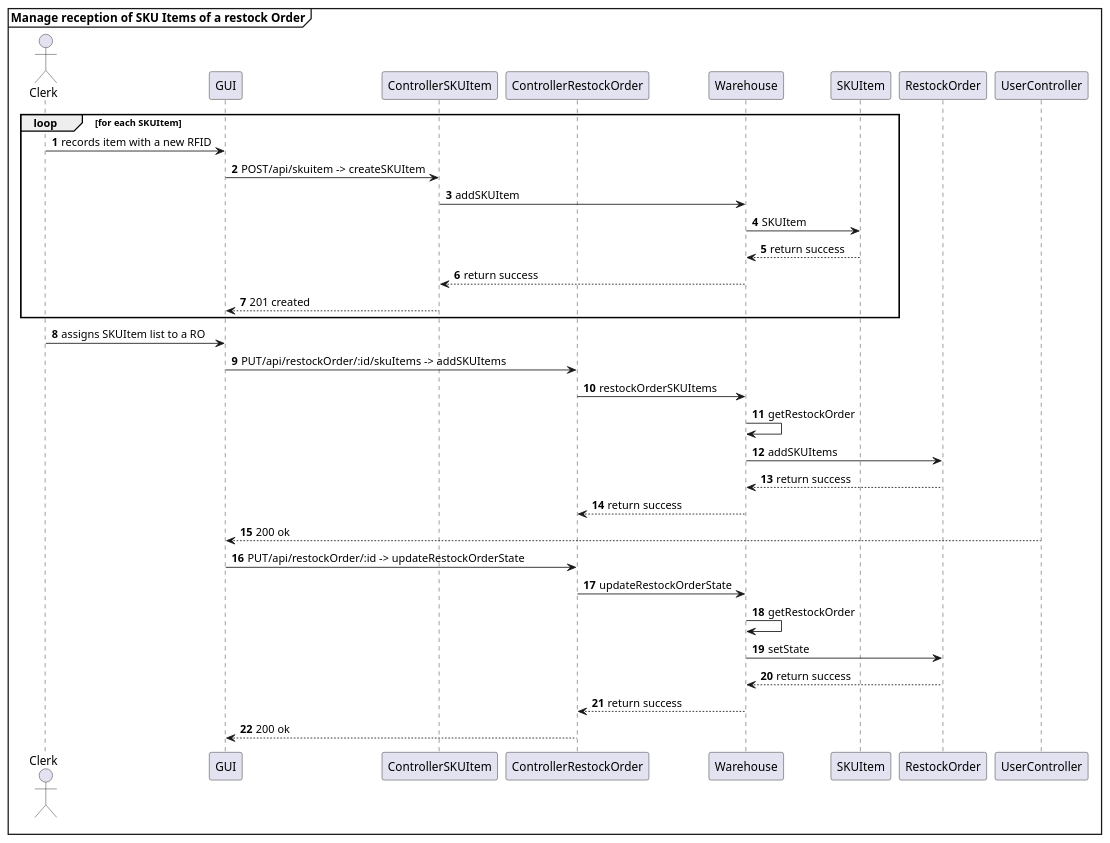
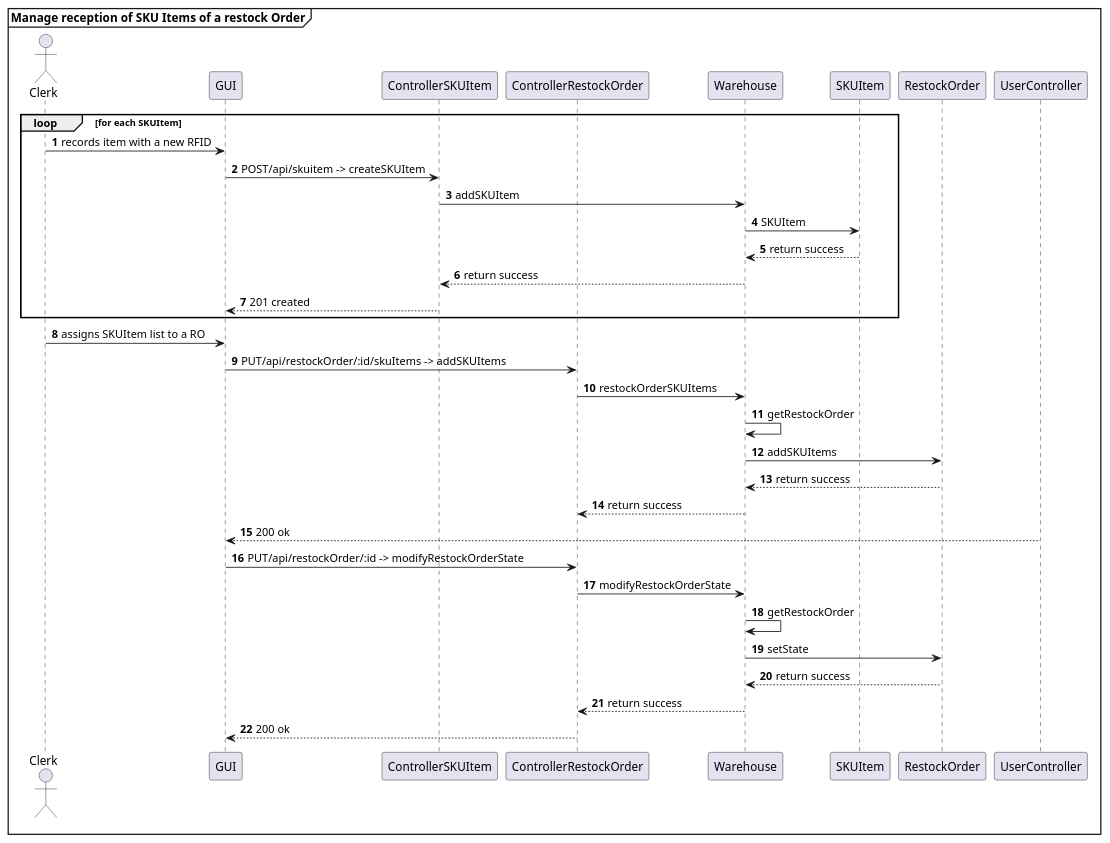
One commit to AlexZampa/EzWh changed diagram 15 of 30 in DesignDocument.md. Above: the diagram before and after it, drawn with PlantUML. The commit also changed other lines of this file, not shown here.

Commit message:
added missing functions for API of SKU and SKUItem

````diff
--- a/DesignDocument.md
+++ b/DesignDocument.md
@@ -739,39 +748,39 @@
 ```plantuml
 @startuml
 mainframe **Manage reception of SKU Items of a restock Order**
 actor Clerk
 participant GUI
 participant ControllerSKUItem
 participant ControllerRestockOrder
 participant Warehouse
 participant SKUItem
 participant RestockOrder
 
 autonumber
 loop for each SKUItem
   Clerk -> GUI : records item with a new RFID
   GUI -> ControllerSKUItem : POST/api/skuitem -> createSKUItem
   ControllerSKUItem -> Warehouse : addSKUItem
   Warehouse -> SKUItem : SKUItem
   Warehouse <-- SKUItem : return success
   ControllerSKUItem <-- Warehouse : return success
   GUI <-- ControllerSKUItem : 201 created
 end loop
 Clerk -> GUI : assigns SKUItem list to a RO
 GUI -> ControllerRestockOrder : PUT/api/restockOrder/:id/skuItems -> addSKUItems
 ControllerRestockOrder -> Warehouse : restockOrderSKUItems
 Warehouse -> Warehouse : getRestockOrder
 Warehouse -> RestockOrder : addSKUItems
 Warehouse <-- RestockOrder : return success
 ControllerRestockOrder <-- Warehouse : return success
 GUI <-- UserController : 200 ok
-GUI -> ControllerRestockOrder : PUT/api/restockOrder/:id -> updateRestockOrderState
-ControllerRestockOrder -> Warehouse : updateRestockOrderState
+GUI -> ControllerRestockOrder : PUT/api/restockOrder/:id -> modifyRestockOrderState
+ControllerRestockOrder -> Warehouse : modifyRestockOrderState
 Warehouse -> Warehouse : getRestockOrder
 Warehouse -> RestockOrder : setState
 Warehouse <-- RestockOrder : return success
 ControllerRestockOrder <-- Warehouse : return success
 GUI <-- ControllerRestockOrder : 200 ok
 
 @enduml
 ```
````
